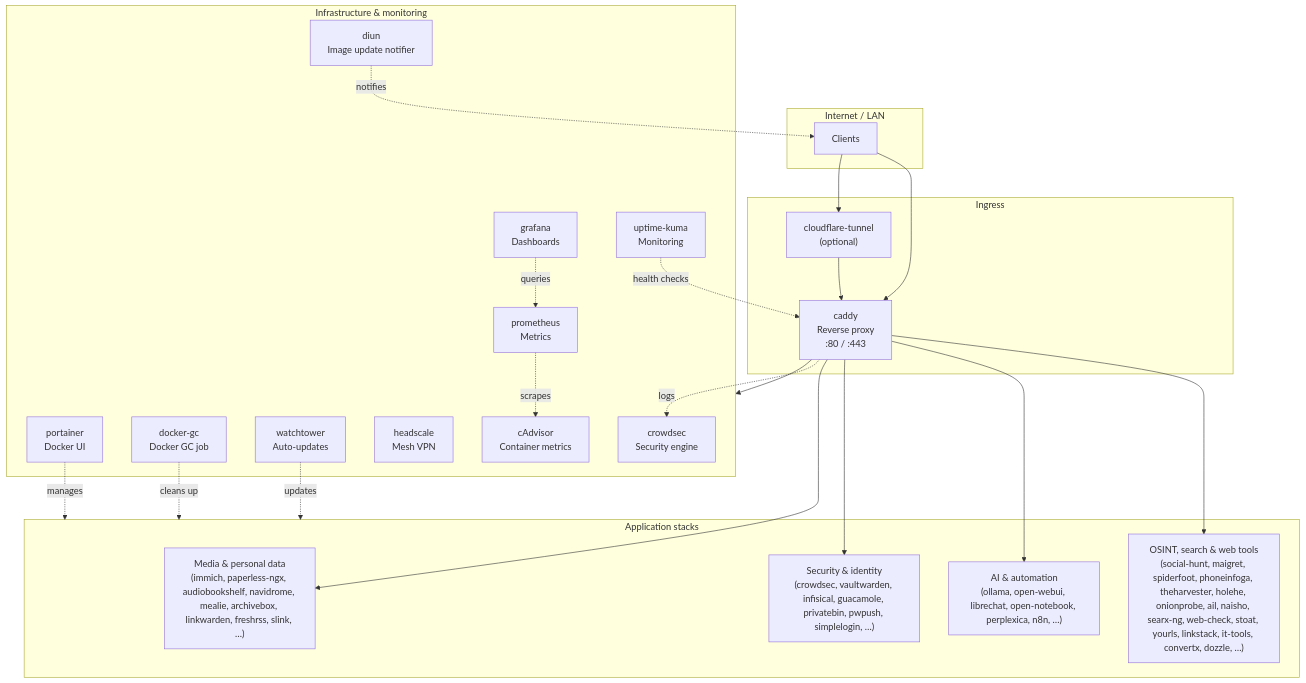
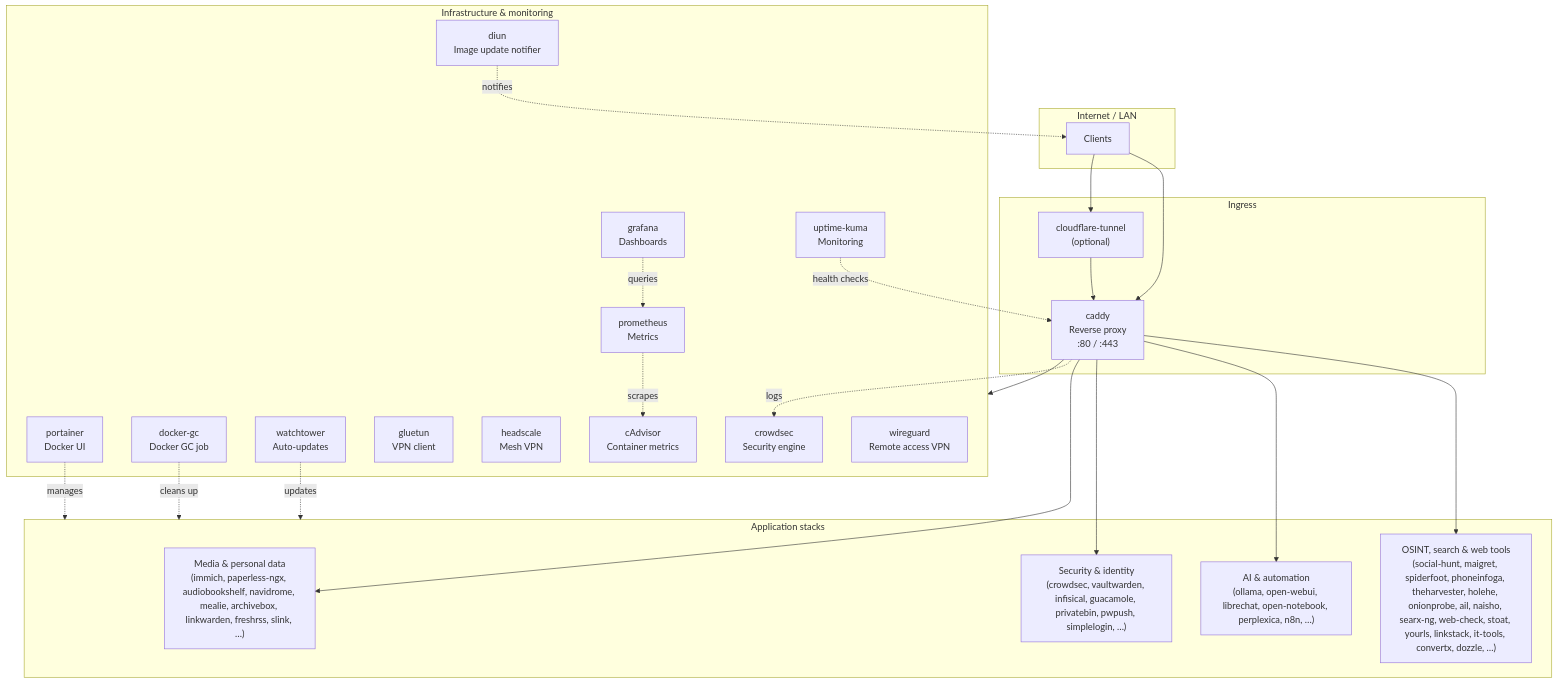
The diagram in README.md (bolens/homelab), drawn with Mermaid before and after one commit. The commit also changed other lines of this file and 10 other files, not shown here.

First line of the commit message:
Add qbittorrent, gluetun, wireguard stacks; update topology and docs

````diff
--- a/README.md
+++ b/README.md
@@ -9,51 +9,53 @@
 ```mermaid
 flowchart TB
     subgraph internet["Internet / LAN"]
         users["Clients"]
     end
 
     subgraph ingress["Ingress"]
         tunnel["cloudflare-tunnel<br>(optional)"]
         caddy["caddy<br>Reverse proxy<br>:80 / :443"]
     end
 
     subgraph apps["Application stacks"]
         apps_media["Media & personal data<br>(immich, paperless-ngx, audiobookshelf, navidrome, mealie, archivebox, linkwarden, freshrss, slink, …)"]
         apps_security["Security & identity<br>(crowdsec, vaultwarden, infisical, guacamole, privatebin, pwpush, simplelogin, …)"]
         apps_ai["AI & automation<br>(ollama, open-webui, librechat, open-notebook, perplexica, n8n, …)"]
         apps_osint["OSINT, search & web tools<br>(social-hunt, maigret, spiderfoot, phoneinfoga, theharvester, holehe, onionprobe, ail, naisho, searx-ng, web-check, stoat, yourls, linkstack, it-tools, convertx, dozzle, …)"]
     end
 
     subgraph infra["Infrastructure & monitoring"]
         portainer["portainer<br>Docker UI"]
         watchtower["watchtower<br>Auto-updates"]
         diun["diun<br>Image update notifier"]
         dockergc["docker-gc<br>Docker GC job"]
+        gluetun["gluetun<br>VPN client"]
         kuma["uptime-kuma<br>Monitoring"]
         headscale["headscale<br>Mesh VPN"]
         grafana["grafana<br>Dashboards"]
         prometheus["prometheus<br>Metrics"]
         cadvisor["cAdvisor<br>Container metrics"]
         crowdsec["crowdsec<br>Security engine"]
+        wireguard["wireguard<br>Remote access VPN"]
     end
 
     users --> tunnel
     users --> caddy
     tunnel --> caddy
 
     caddy --> apps_media
     caddy --> apps_security
     caddy --> apps_ai
     caddy --> apps_osint
     caddy --> infra
 
     caddy -.->|logs| crowdsec
 
     kuma -.->|health checks| caddy
     prometheus -.->|scrapes| cadvisor
     grafana -.->|queries| prometheus
     watchtower -.->|updates| apps
     dockergc -.->|cleans up| apps
     diun -.->|notifies| users
     portainer -.->|manages| apps
 ```
````
